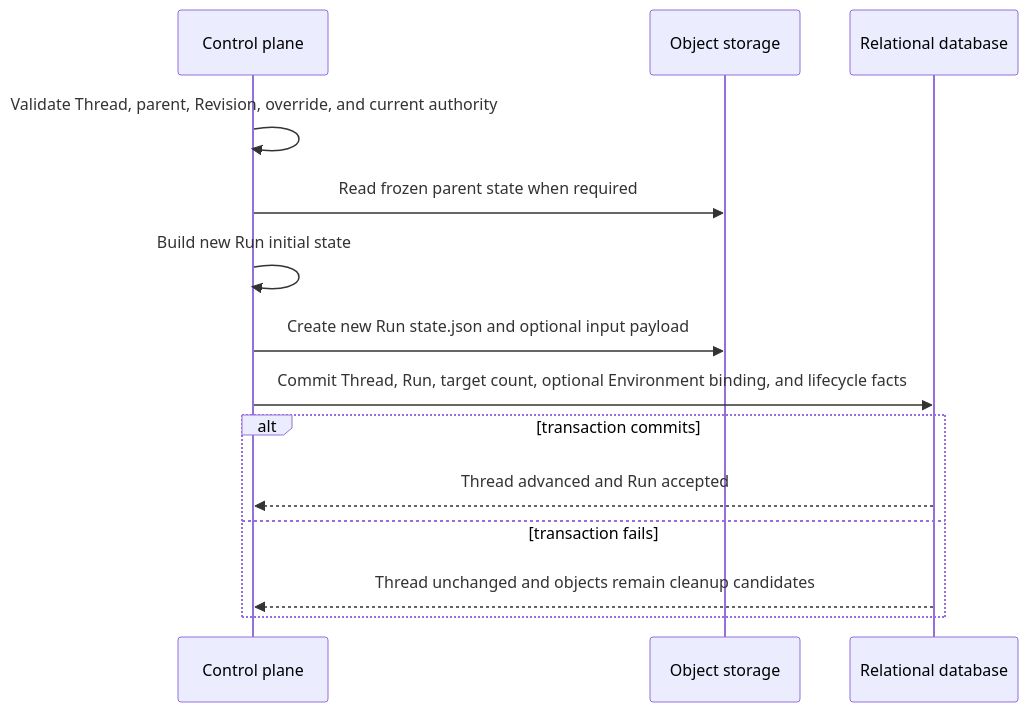
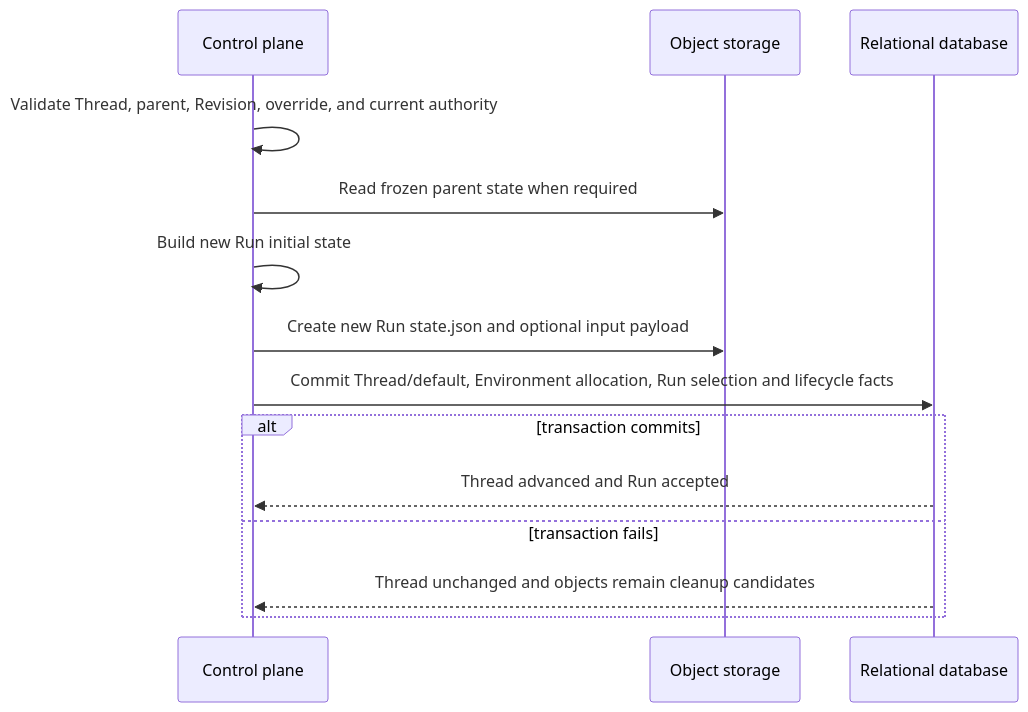
The fourth of 4 diagrams in spec/foundation-service/12-run-persistence.md (LTThreeComma/agent-foundation), drawn with Mermaid before and after one commit. The commit also changed other lines of this file and 33 other files, not shown here.

First line of the commit message:
docs(environment): define templates and managed lifecycle

````diff
--- a/spec/foundation-service/12-run-persistence.md
+++ b/spec/foundation-service/12-run-persistence.md
@@ -539,17 +543,17 @@
 ```mermaid
 sequenceDiagram
     participant Control as Control plane
     participant Objects as Object storage
     participant DB as Relational database
 
     Control->>Control: Validate Thread, parent, Revision, override, and current authority
     Control->>Objects: Read frozen parent state when required
     Control->>Control: Build new Run initial state
     Control->>Objects: Create new Run state.json and optional input payload
-    Control->>DB: Commit Thread, Run, target count, optional Environment binding, and lifecycle facts
+    Control->>DB: Commit Thread/default, Environment allocation, Run selection and lifecycle facts
     alt transaction commits
         DB-->>Control: Thread advanced and Run accepted
     else transaction fails
         DB-->>Control: Thread unchanged and objects remain cleanup candidates
     end
 ```
````
